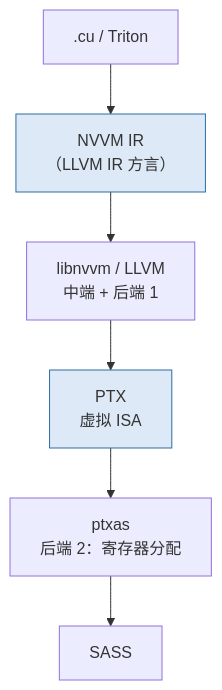
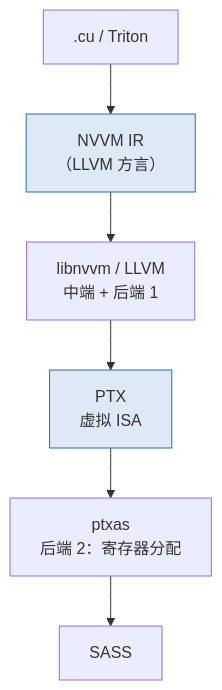
The third of 3 diagrams in slides/2026-12-04-ml-compilers.md (arganzheng/arganzheng.github.com), drawn with Mermaid before and after one commit. The commit also changed other lines of this file, not shown here.

Commit message:
slides(2026-12-04-ml-compilers): 图内文字 ≥14px——标签缩短/拆分/Unicode 数学

````diff
--- a/slides/2026-12-04-ml-compilers.md
+++ b/slides/2026-12-04-ml-compilers.md
@@ -84,7 +85,7 @@
 ```mermaid
 %%{init: {"flowchart": {"wrappingWidth": 260}}}%%
 flowchart TB
-    cu[".cu / Triton"] --> nvvm["NVVM IR<br/>（LLVM IR 方言）"] --> nvopt["libnvvm / LLVM<br/>中端 + 后端 1"] --> ptx["PTX<br/>虚拟 ISA"] --> ptxas["ptxas<br/>后端 2：寄存器分配"] --> sass["SASS"]
+    cu[".cu / Triton"] --> nvvm["NVVM IR<br/>（LLVM 方言）"] --> nvopt["libnvvm / LLVM<br/>中端 + 后端 1"] --> ptx["PTX<br/>虚拟 ISA"] --> ptxas["ptxas<br/>后端 2：寄存器分配"] --> sass["SASS"]
     classDef ir fill:#dde9f7,stroke:#2e6da4
     class nvvm,ptx ir
 ```
````
